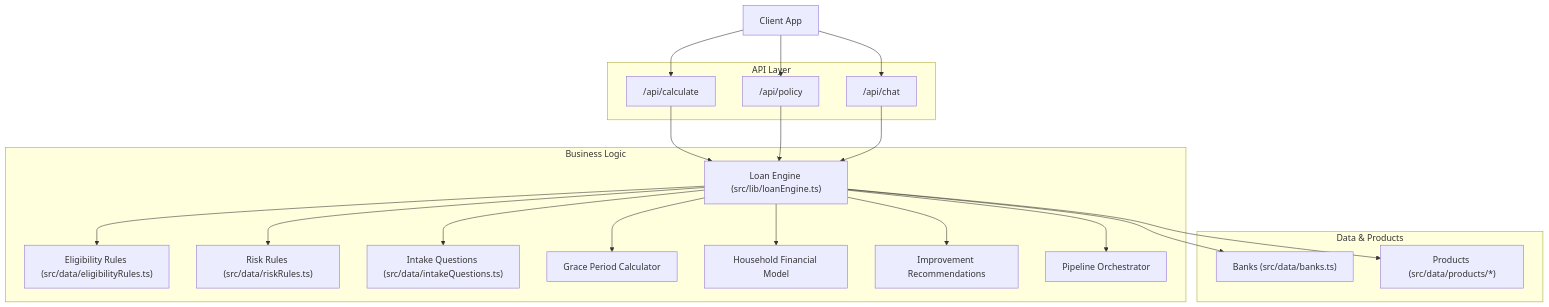
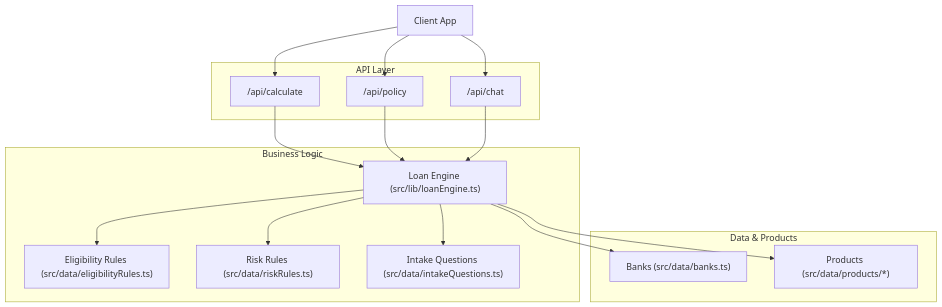
The first of 9 diagrams in .qoder/repowiki/en/content/Loan Engine/Loan Engine.md (alibaba-hackathon-fsi/frontend-vaya), drawn with Mermaid before and after one commit. The commit also changed other lines of this file and 36 other files, not shown here.

````diff
--- a/.qoder/repowiki/en/content/Loan Engine/Loan Engine.md
+++ b/.qoder/repowiki/en/content/Loan Engine/Loan Engine.md
@@ -47,37 +48,29 @@
 ```mermaid
 graph TB
 Client["Client App"] --> CalcAPI["/api/calculate"]
 Client --> PolicyAPI["/api/policy"]
 Client --> ChatAPI["/api/chat"]
 subgraph "API Layer"
 CalcAPI
 PolicyAPI
 ChatAPI
 end
 subgraph "Business Logic"
 Engine["Loan Engine (src/lib/loanEngine.ts)"]
 Eligibility["Eligibility Rules (src/data/eligibilityRules.ts)"]
 Risk["Risk Rules (src/data/riskRules.ts)"]
 Intake["Intake Questions (src/data/intakeQuestions.ts)"]
-GracePeriod["Grace Period Calculator"]
-HouseholdModel["Household Financial Model"]
-Recommendations["Improvement Recommendations"]
-Pipeline["Pipeline Orchestrator"]
 end
 subgraph "Data & Products"
 Banks["Banks (src/data/banks.ts)"]
 Products["Products (src/data/products/*)"]
 end
 CalcAPI --> Engine
 PolicyAPI --> Engine
 ChatAPI --> Engine
 Engine --> Eligibility
 Engine --> Risk
 Engine --> Intake
 Engine --> Banks
 Engine --> Products
-Engine --> GracePeriod
-Engine --> HouseholdModel
-Engine --> Recommendations
-Engine --> Pipeline
 ```
````
